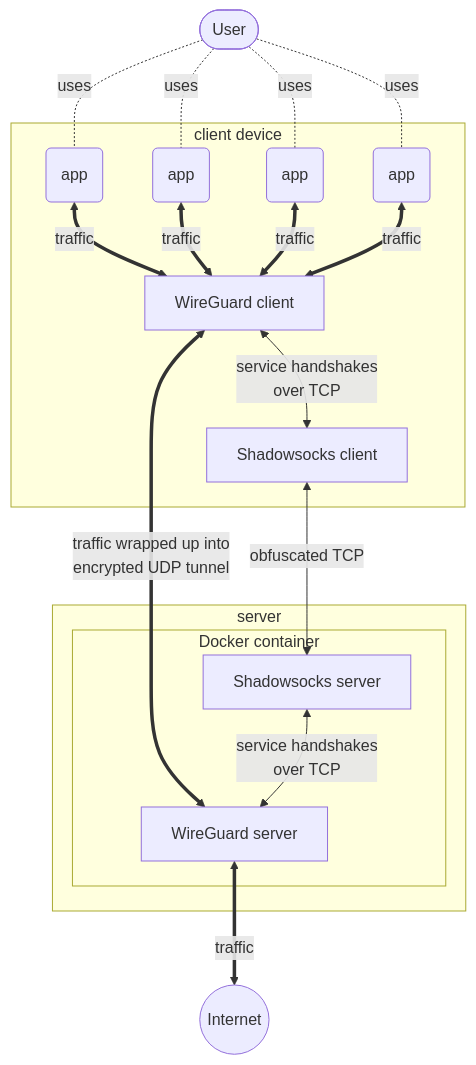
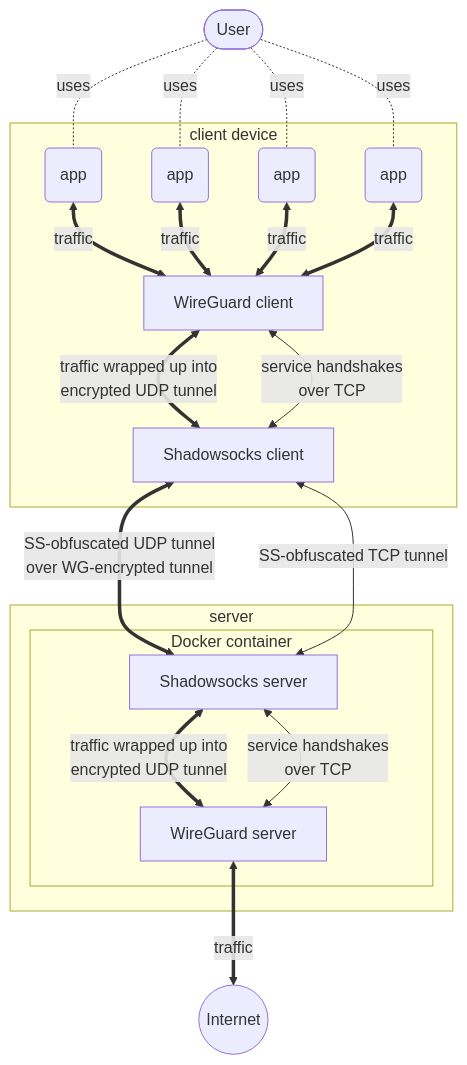
The diagram in README.md (mchechulnikov/wg), drawn with Mermaid before and after one commit. The commit also changed other lines of this file, not shown here.

````diff
--- a/README.md
+++ b/README.md
@@ -13,42 +13,44 @@
 ```mermaid
 flowchart TB
     U([User])
     
     U -. uses .- APP1
     U -. uses .- APP2
     U -. uses .- APP3
     U -. uses .- APP4
 
     subgraph client device
         APP1(app)
         APP2(app)
         APP3(app)
         APP4(app)
 
         WGC[WireGuard client]
         SSC[Shadowsocks client]
 
         APP1 <== traffic ==> WGC
         APP2 <== traffic ==> WGC
         APP3 <== traffic ==> WGC
         APP4 <== traffic ==> WGC
 
+        WGC <== "traffic wrapped up into \n encrypted UDP tunnel" ==> SSC
         WGC <-- "service handshakes \n over TCP" --> SSC
     end
 
-    SSC <-- obfuscated TCP --> SSS
-    WGC <== "traffic wrapped up into \n encrypted UDP tunnel" ==> WGS
+    SSC <== "SS-obfuscated UDP tunnel \n over WG-encrypted tunnel" ==> SSS
+    SSC <-- SS-obfuscated TCP tunnel --> SSS
 
     subgraph server
         subgraph Docker container
             WGS[WireGuard server]
             SSS[Shadowsocks server]
 
+            SSS <== "traffic wrapped up into \n encrypted UDP tunnel" ==> WGS
             SSS <-- "service handshakes \n over TCP" --> WGS
        end
     end
 
     WGS <== traffic ==> I
 
     I((Internet))
 ```
````
